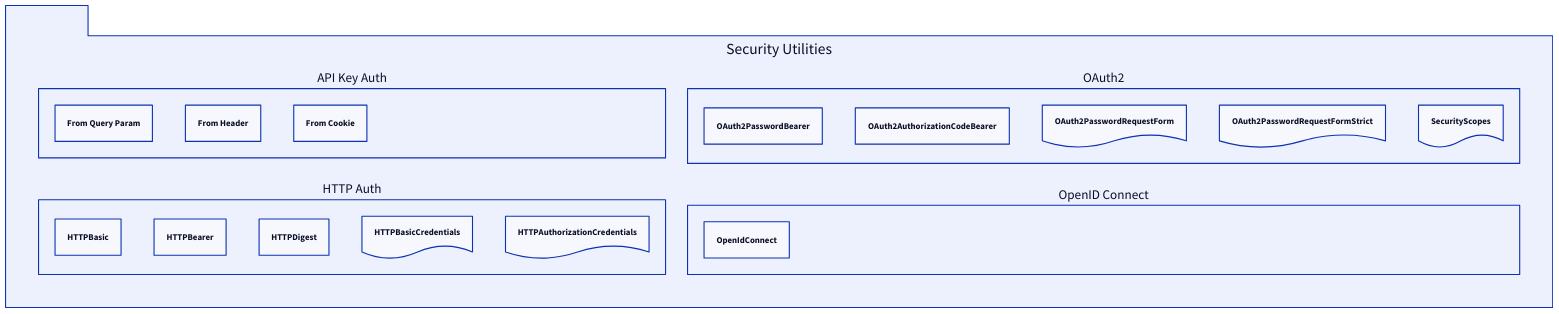
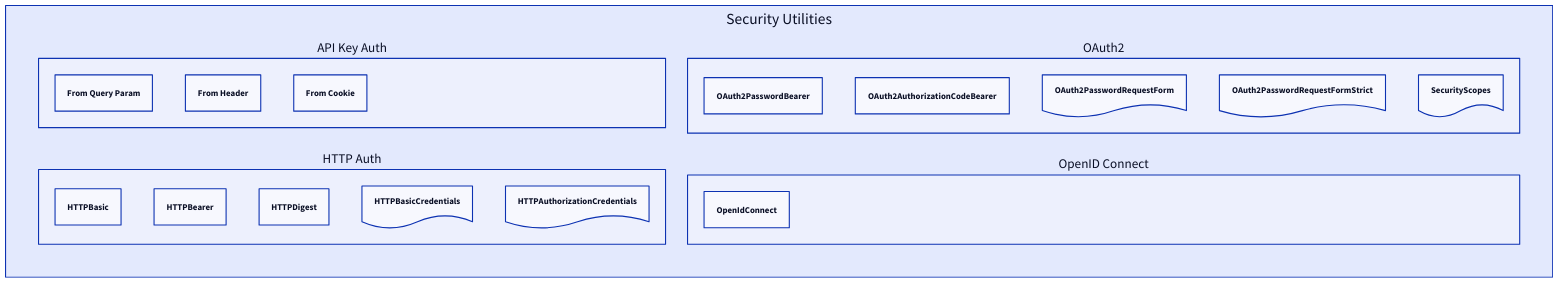
One commit to lban2049/fastapi changed the diagram in .aigne/doc-smith/docs/api-reference-security.md. Above: the diagram before and after it, drawn with D2. The commit also changed other lines of this file and 42 other files, not shown here.

````diff
--- a/.aigne/doc-smith/docs/api-reference-security.md
+++ b/.aigne/doc-smith/docs/api-reference-security.md
@@ -7,58 +7,58 @@
 ```d2
 direction: down
 
 Security-Utilities: {
   label: "Security Utilities"
-  shape: package
+  shape: rectangle
   grid-columns: 2
 
   API-Key-Auth: {
     label: "API Key Auth"
     shape: rectangle
     APIKeyQuery: {
       label: "From Query Param"
     }
     APIKeyHeader: {
       label: "From Header"
     }
     APIKeyCookie: {
       label: "From Cookie"
     }
   }
 
   HTTP-Auth: {
     label: "HTTP Auth"
     shape: rectangle
     HTTPBasic: {}
     HTTPBearer: {}
     HTTPDigest: {}
     HTTPBasicCredentials: {
       shape: document
     }
     HTTPAuthorizationCredentials: {
       shape: document
     }
   }
 
   OAuth2: {
     shape: rectangle
     OAuth2PasswordBearer: {}
     OAuth2AuthorizationCodeBearer: {}
     OAuth2PasswordRequestForm: {
       shape: document
     }
     OAuth2PasswordRequestFormStrict: {
       shape: document
     }
     SecurityScopes: {
       shape: document
     }
   }
 
   OpenID-Connect: {
     label: "OpenID Connect"
     shape: rectangle
     OpenIdConnect: {}
   }
 }
 ```
````
